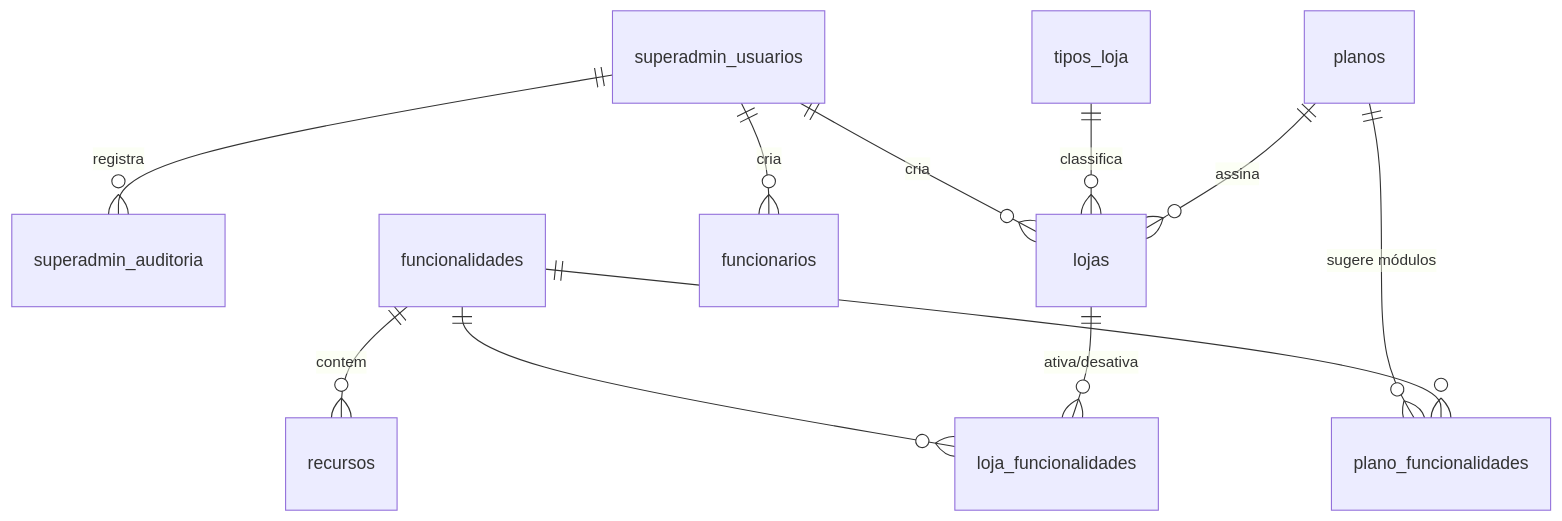
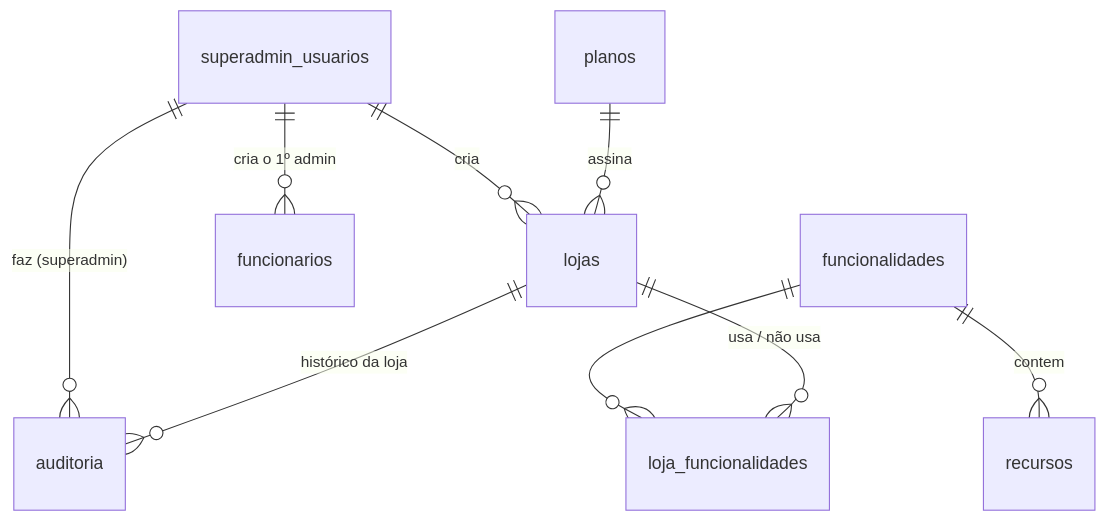
One commit to BrunoBlanck/agenda changed the first of 2 diagrams in estrutura.md. Above: the diagram before and after it, drawn with Mermaid. The commit also changed other lines of this file and 42 other files, not shown here.

Commit message:
Reestrutura o SUPERADMIN, adiciona exclusão lógica, auditoria por loja e histórico do cliente

````diff
--- a/estrutura.md
+++ b/estrutura.md
@@ -100,13 +140,11 @@
 ```mermaid
 erDiagram
-    superadmin_usuarios ||--o{ superadmin_auditoria : registra
+    superadmin_usuarios ||--o{ auditoria : "faz (superadmin)"
     superadmin_usuarios ||--o{ lojas : cria
-    superadmin_usuarios ||--o{ funcionarios : cria
-    tipos_loja ||--o{ lojas : classifica
+    superadmin_usuarios ||--o{ funcionarios : "cria o 1º admin"
     planos ||--o{ lojas : assina
-    planos ||--o{ plano_funcionalidades : "sugere módulos"
-    funcionalidades ||--o{ plano_funcionalidades : ""
     funcionalidades ||--o{ loja_funcionalidades : ""
-    lojas ||--o{ loja_funcionalidades : "ativa/desativa"
+    lojas ||--o{ loja_funcionalidades : "usa / não usa"
     funcionalidades ||--o{ recursos : contem
+    lojas ||--o{ auditoria : "histórico da loja"
 ```
````
